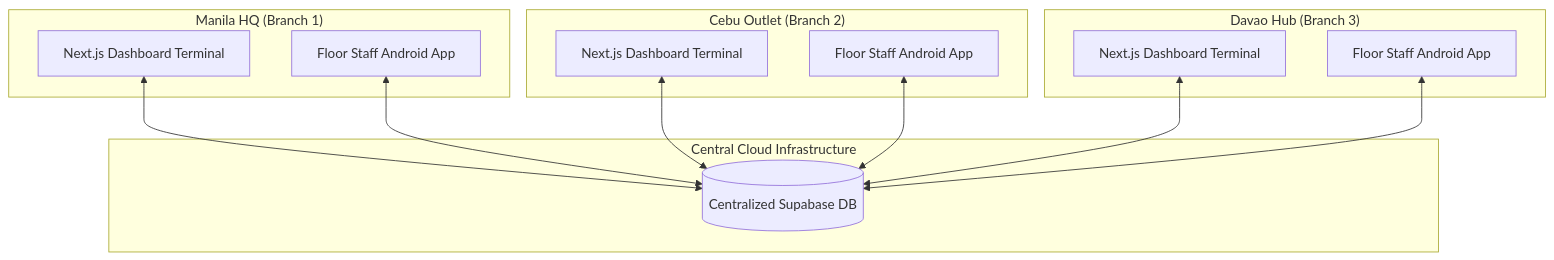
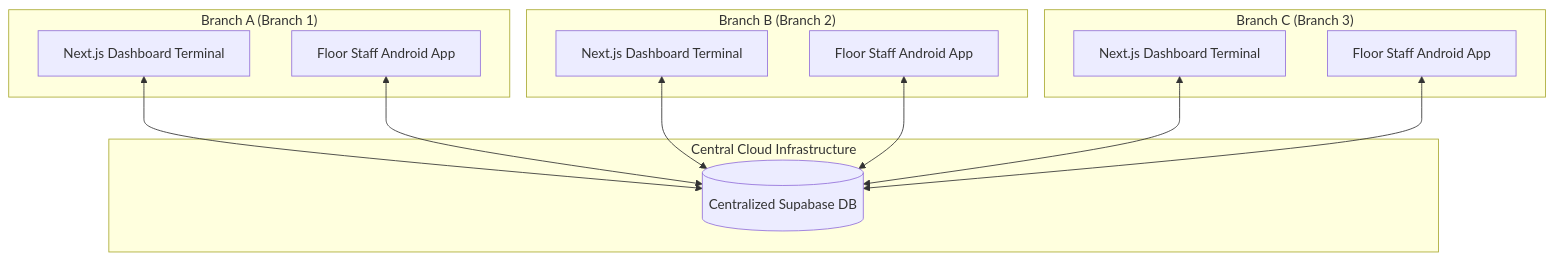
Before and after one commit to ryuuflores2006-crypto/inventory-system: the diagram in README.md, drawn with Mermaid. The commit also changed 6 other files, not shown here.

````diff
--- a/README.md
+++ b/README.md
@@ -9,25 +9,25 @@
 ```mermaid
 graph TD
     subgraph central["Central Cloud Infrastructure"]
         DB[(Centralized Supabase DB)]
     end
 
-    subgraph branchA["Manila HQ (Branch 1)"]
+    subgraph branchA["Branch A (Branch 1)"]
         WebA[Next.js Dashboard Terminal]
         AndroidA[Floor Staff Android App]
     end
 
-    subgraph branchB["Cebu Outlet (Branch 2)"]
+    subgraph branchB["Branch B (Branch 2)"]
         WebB[Next.js Dashboard Terminal]
         AndroidB[Floor Staff Android App]
     end
 
-    subgraph branchC["Davao Hub (Branch 3)"]
+    subgraph branchC["Branch C (Branch 3)"]
         WebC[Next.js Dashboard Terminal]
         AndroidC[Floor Staff Android App]
     end
 
     WebA & AndroidA <--> DB
     WebB & AndroidB <--> DB
     WebC & AndroidC <--> DB
 ```
````
